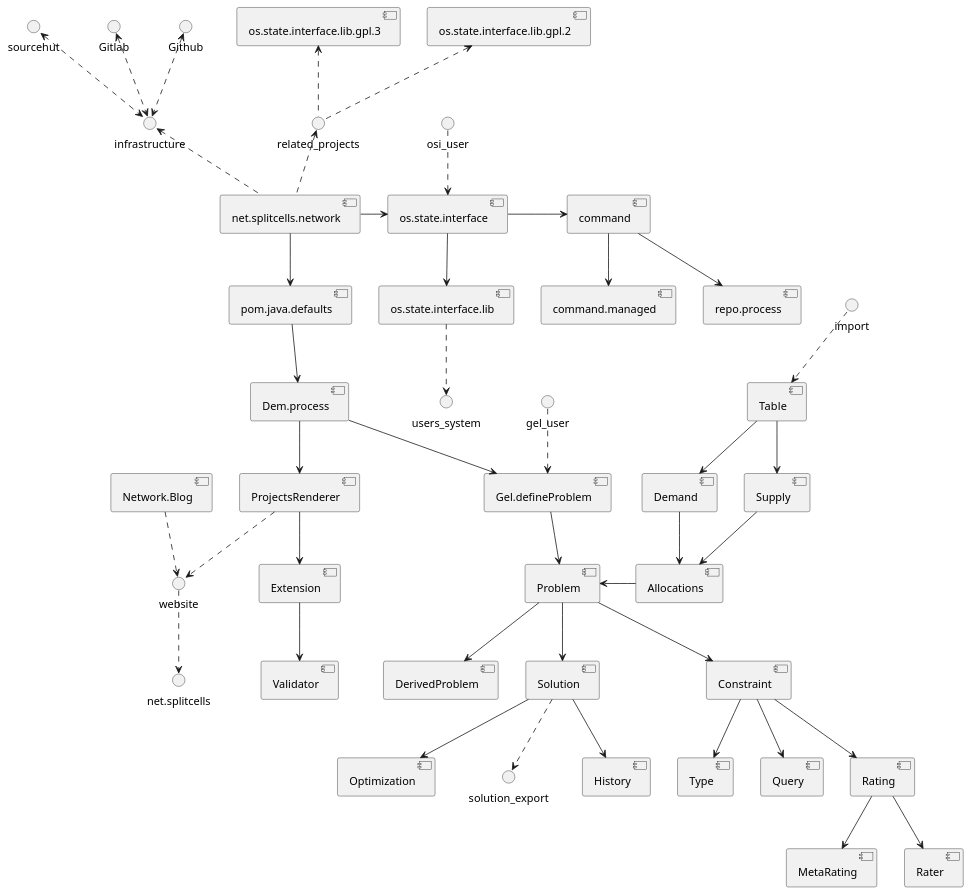
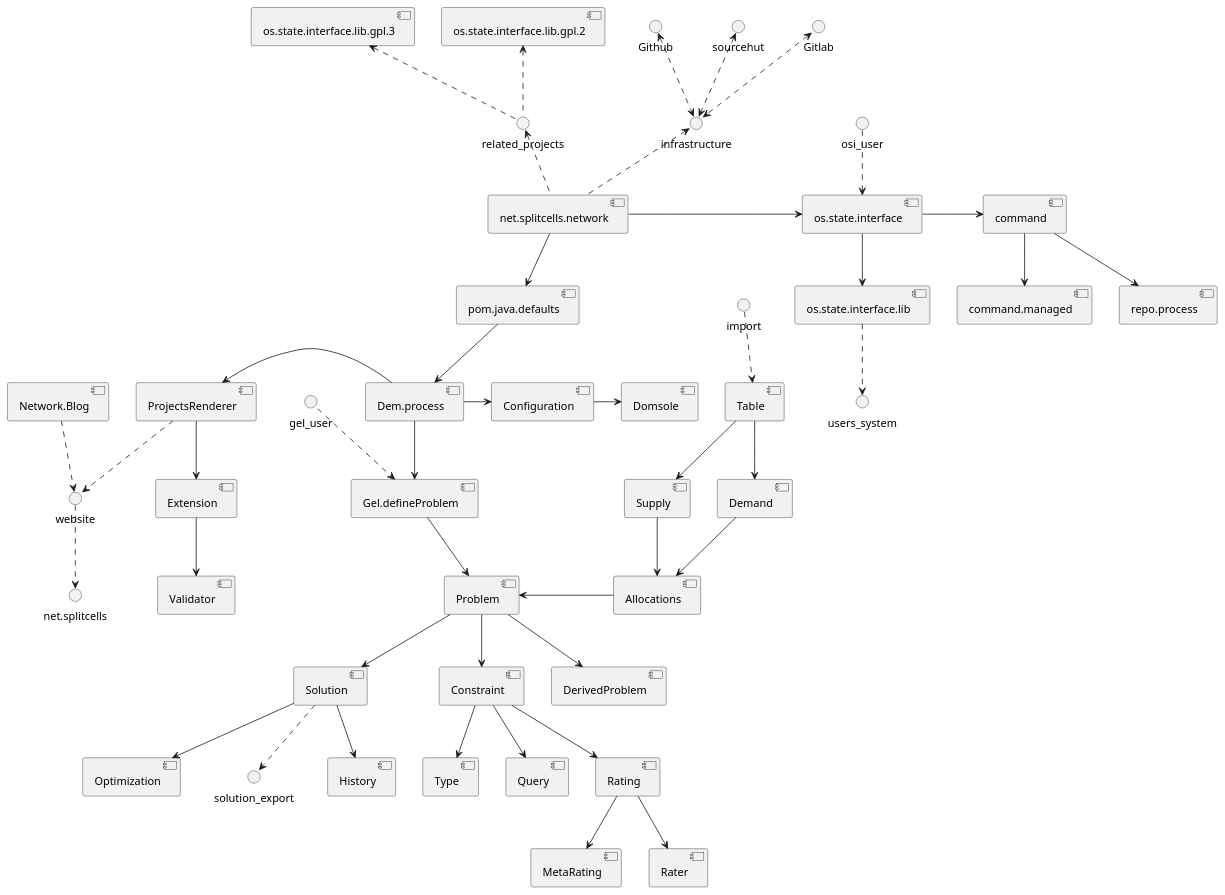
One commit to www-splitcells-net/net.splitcells.network changed the first of 2 diagrams in src/main/md/net/splitcells/network/overview.md. Above: the diagram before and after it, drawn with PlantUML. The commit also changed other lines of this file, not shown here.

````diff
--- a/src/main/md/net/splitcells/network/overview.md
+++ b/src/main/md/net/splitcells/network/overview.md
@@ -6,52 +8,54 @@
 ```puml
 @startuml
 
 [net.splitcells.network] .up.> related_projects
 related_projects .up.> [os.state.interface.lib.gpl.2]
 related_projects .up.> [os.state.interface.lib.gpl.3]
 [net.splitcells.network] .up.> infrastructure
 infrastructure <.up.> Github
 infrastructure <.up.> Gitlab
 infrastructure <.up.> sourcehut
 [net.splitcells.network] -down-> [pom.java.defaults]
 
 [pom.java.defaults] -down-> [Dem.process]
+[Dem.process] -right-> [Configuration]
+[Configuration] -right-> [Domsole]
 [Dem.process] -down-> [Gel.defineProblem]
 gel_user .down.> [Gel.defineProblem]
 [Gel.defineProblem] -down-> [Problem]
 [Problem] -down-> [Solution]
 [Solution] -down-> [Optimization]
 [Solution] .down.> solution_export
 [Solution] -down-> [History]
 
 import .down.> [Table]
 [Table] -down-> [Supply]
 [Table] -down-> [Demand]
 [Supply] -down-> [Allocations]
 [Demand] -down-> [Allocations]
 [Allocations] -left-> [Problem]
 [Problem] -down-> [Constraint]
 [Problem] -down-> [DerivedProblem]
 [Constraint] -down-> [Type]
 [Constraint] -down-> [Query]
 [Constraint] -down-> [Rating]
 [Rating] -down-> [MetaRating]
 [Rating] -down-> [Rater]
 
 [net.splitcells.network] -right-> [os.state.interface]
 osi_user .down.> [os.state.interface]
 [os.state.interface] -down-> [os.state.interface.lib]
 [os.state.interface] -right-> [command]
 [command] -down-> [repo.process]
 [command] -down-> [command.managed]
 [os.state.interface.lib] .down.> users_system
 
-[Dem.process] -down-> [ProjectsRenderer]
+[Dem.process] -left-> [ProjectsRenderer]
 [ProjectsRenderer] .down.> website
 [ProjectsRenderer] -down-> [Extension]
 [Extension] -down-> [Validator]
 [Network.Blog] .down.> website
 website .down.> net.splitcells
 
 @enduml
 ```
````
